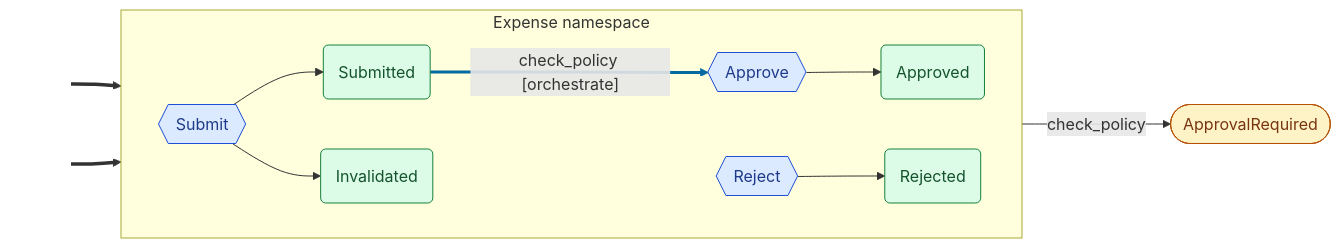
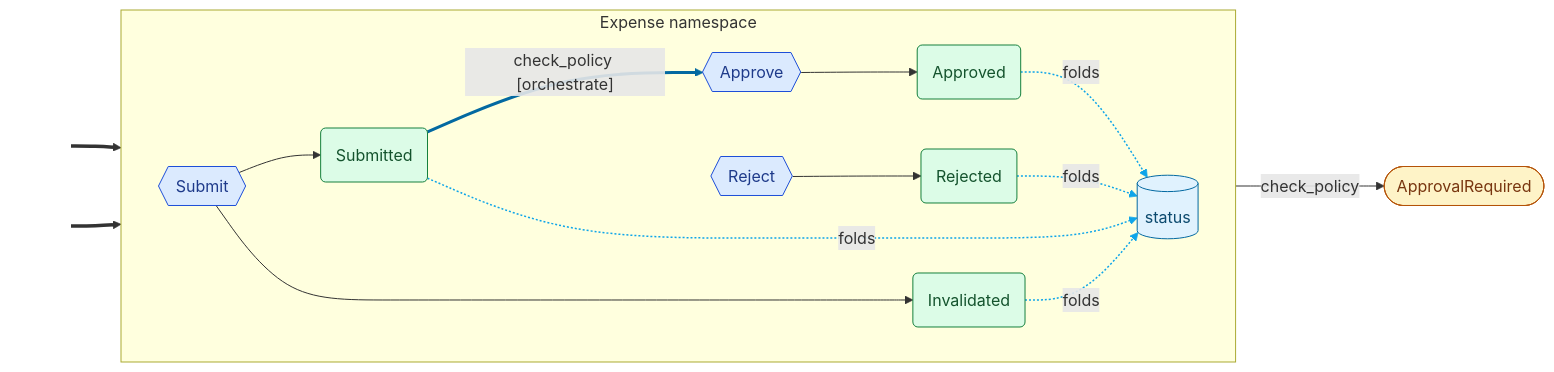
One commit to cadance-io/langgraph-events changed the second of 2 diagrams in examples/expense_approval.graph.md. Above: the diagram before and after it, drawn with Mermaid. The commit also changed other lines of this file and 20 other files, not shown here.

First line of the commit message:
feat: focused diagrams, reducers in the namespace model, and node notes (#199)

````diff
--- a/examples/expense_approval.graph.md
+++ b/examples/expense_approval.graph.md
@@ -50,30 +58,37 @@
 ```mermaid
 graph LR
     classDef entry fill:none,stroke:none,color:none
     classDef cmd fill:#dbeafe,stroke:#1d4ed8,color:#1e3a8a
     classDef devt fill:#dcfce7,stroke:#15803d,color:#14532d
     classDef intg fill:#ede9fe,stroke:#6d28d9,color:#4c1d95
     classDef syst fill:#fef3c7,stroke:#b45309,color:#78350f
     classDef halt fill:#fef3c7,stroke:#b45309,color:#78350f,stroke-width:3px,stroke-dasharray:4 2
     classDef inv fill:#ffedd5,stroke:#c2410c,color:#7c2d12
+    classDef reducer fill:#e0f2fe,stroke:#0369a1,color:#0c4a6e
     subgraph Expense["Expense namespace"]
         direction LR
         Approve{{Approve}}:::cmd
         Approved(Approved):::devt
         Invalidated(Invalidated):::devt
         Reject{{Reject}}:::cmd
         Rejected(Rejected):::devt
         Submit{{Submit}}:::cmd
         Submitted(Submitted):::devt
+        _reducer_status[(status)]:::reducer
     end
     ApprovalRequired([ApprovalRequired]):::syst
     _e0_[ ]:::entry ==> Reject
     _e1_[ ]:::entry ==> Submit
     Submit --> Submitted
     Submit --> Invalidated
     Approve --> Approved
     Reject --> Rejected
     Submitted -->|"check_policy [orchestrate]"| Approve
     Submitted -->|check_policy| ApprovalRequired
+    Approved -.->|folds| _reducer_status
+    Rejected -.->|folds| _reducer_status
+    Invalidated -.->|folds| _reducer_status
+    Submitted -.->|folds| _reducer_status
     linkStyle 6 stroke:#0369a1,stroke-width:3px
+    linkStyle 8,9,10,11 stroke:#0ea5e9,stroke-width:1.5px,stroke-dasharray:2 2
 ```
````
